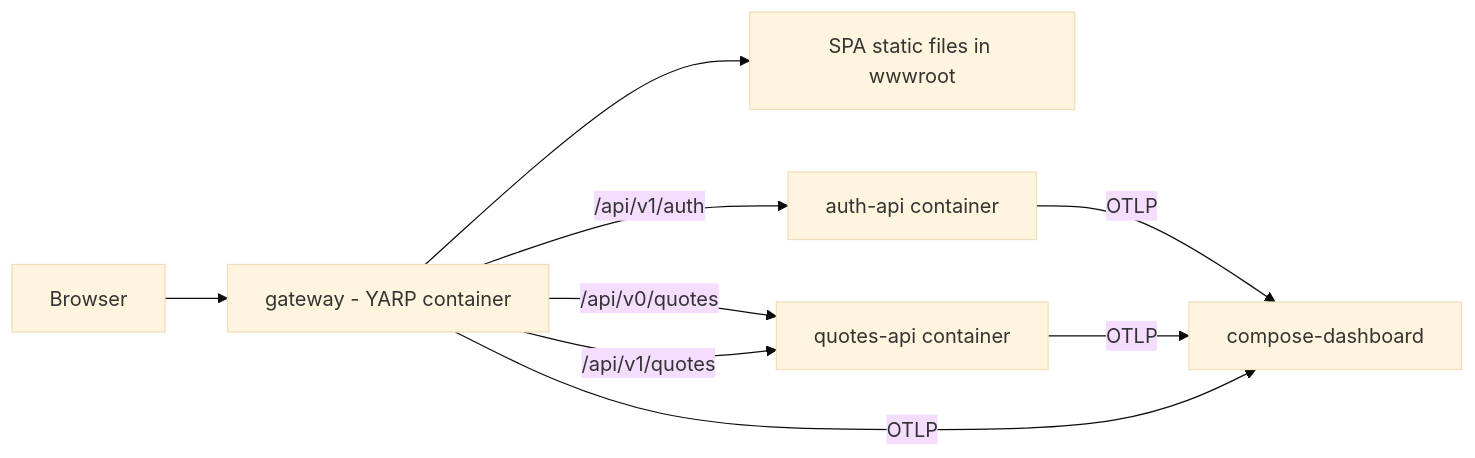
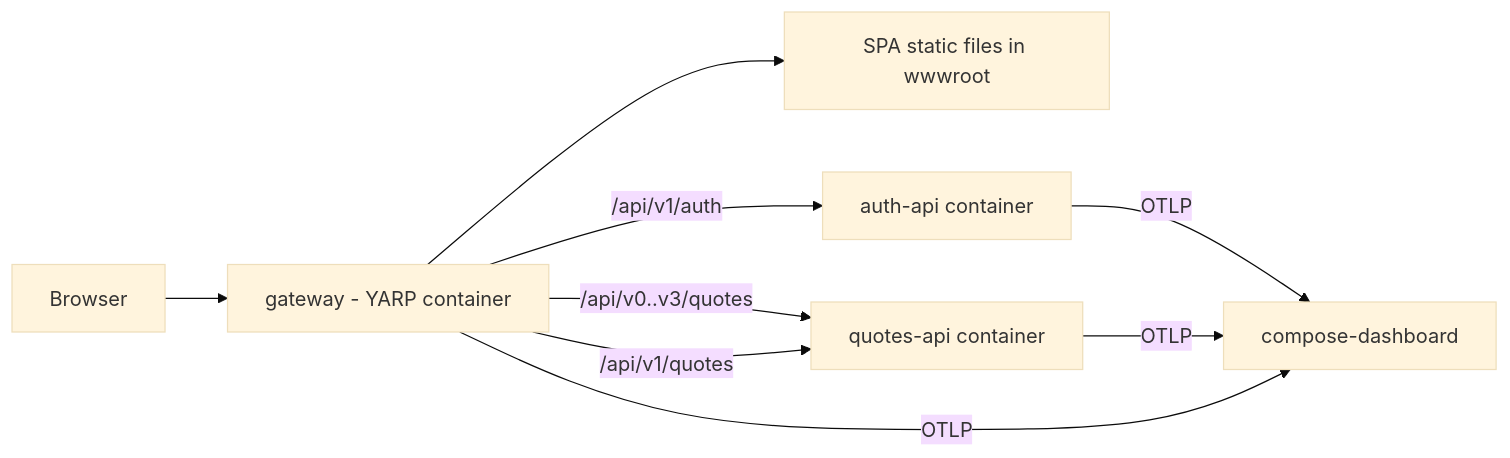
Before and after one commit to josnelihurt/code.examples.net.quotes: the third of 7 diagrams in docs/system-design.md, drawn with Mermaid (base theme). The commit also changed other lines of this file and 7 other files, not shown here.

````diff
--- a/docs/system-design.md
+++ b/docs/system-design.md
@@ -120,18 +120,18 @@
 ```mermaid
 flowchart LR
   client["Browser"]
   gw["gateway - YARP container"]
   static["SPA static files in wwwroot"]
   auth["auth-api container"]
   quotes["quotes-api container"]
   dash["compose-dashboard"]
 
   client --> gw
   gw --> static
   gw -->|"/api/v1/auth"| auth
-  gw -->|"/api/v0/quotes"| quotes
+  gw -->|"/api/v0..v3/quotes"| quotes
   gw -->|"/api/v1/quotes"| quotes
   auth -->|OTLP| dash
   quotes -->|OTLP| dash
   gw -->|OTLP| dash
 ```
````
